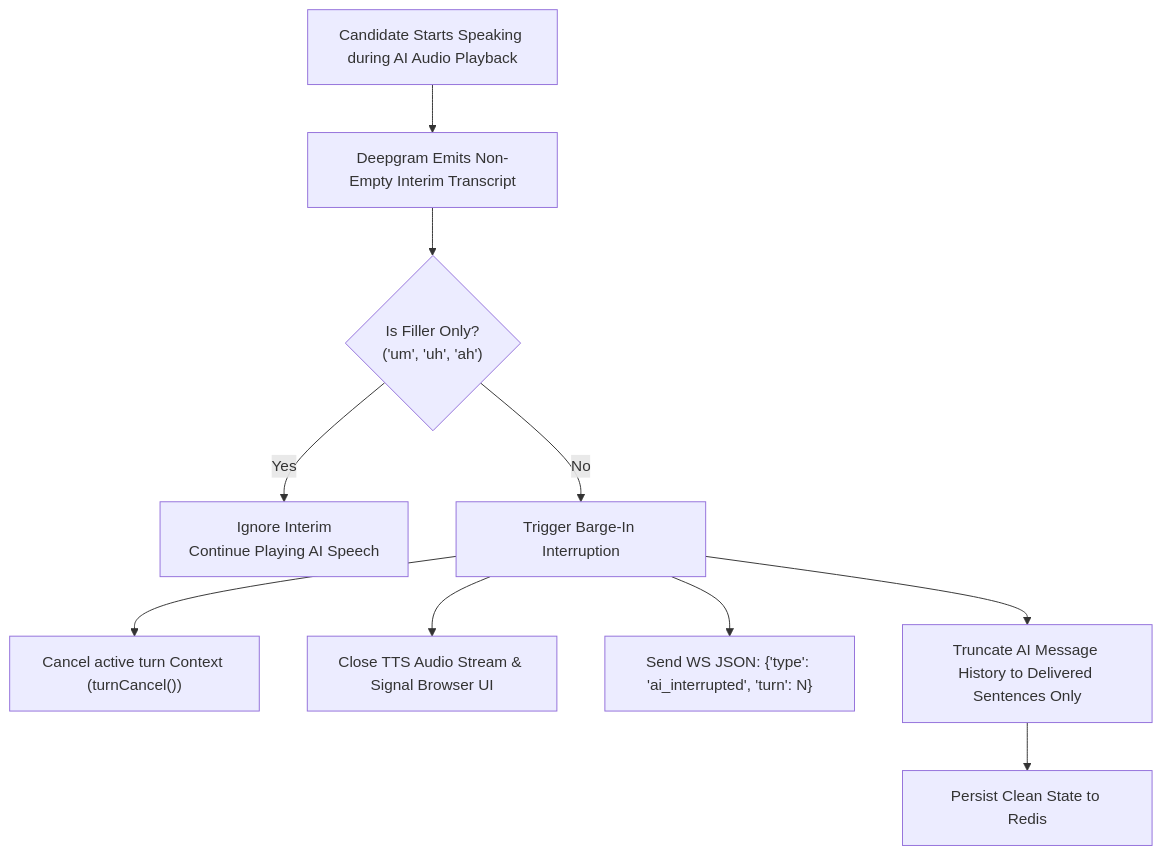
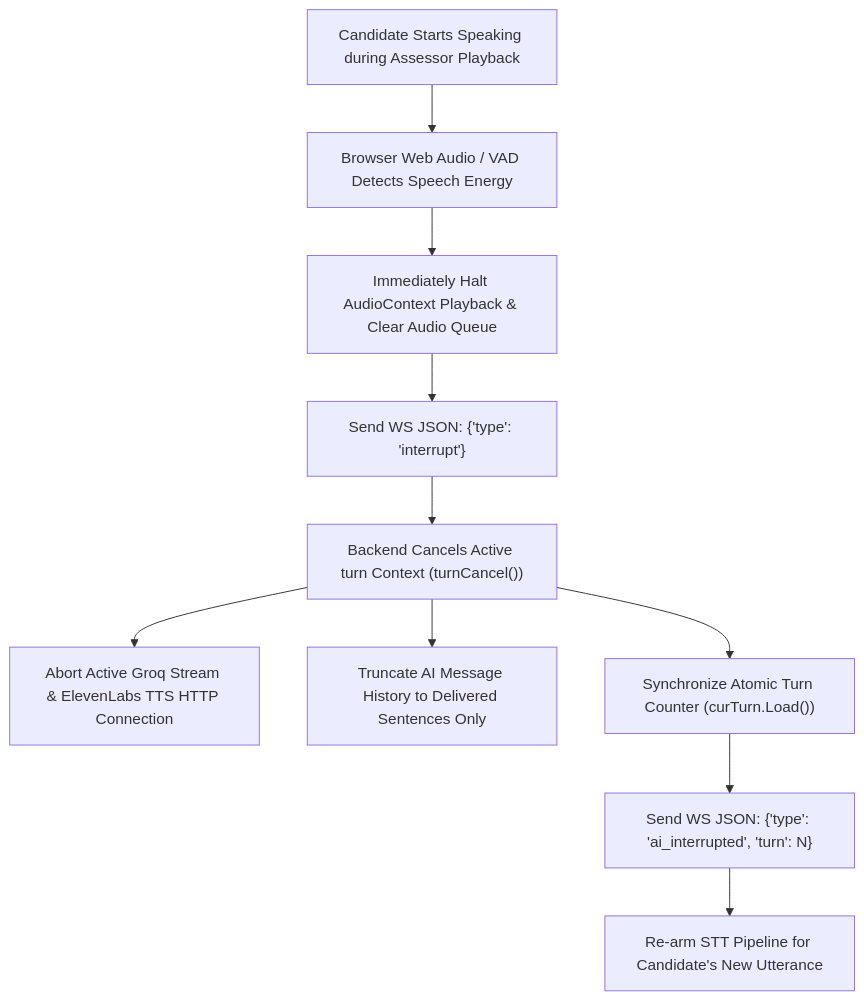
Before and after one commit to ashu-cloud/Interview-Platform: the second of 2 diagrams in docs/voice_pipeline_flow.md, drawn with Mermaid. The commit also changed other lines of this file and 42 other files, not shown here.

````diff
--- a/docs/voice_pipeline_flow.md
+++ b/docs/voice_pipeline_flow.md
@@ -88,14 +97,14 @@
 ```mermaid
 flowchart TD
-    CandidateSpeaks["Candidate Starts Speaking during AI Audio Playback"] --> STTDetects["Deepgram Emits Non-Empty Interim Transcript"]
-    STTDetects --> FilterFillers{"Is Filler Only?<br/>('um', 'uh', 'ah')"}
-    FilterFillers -- Yes --> Ignore["Ignore Interim<br/>Continue Playing AI Speech"]
-    FilterFillers -- No --> TriggerInterrupt["Trigger Barge-In Interruption"]
+    CandidateSpeaks["Candidate Starts Speaking during Assessor Playback"] --> VADDetects["Browser Web Audio / VAD Detects Speech Energy"]
+    VADDetects --> HaltLocal["Immediately Halt AudioContext Playback & Clear Audio Queue"]
+    HaltLocal --> SendInterrupt["Send WS JSON: {'type': 'interrupt'}"]
 
-    TriggerInterrupt --> CancelTurnCtx["Cancel active turn Context (turnCancel())"]
-    TriggerInterrupt --> StopTTS["Close TTS Audio Stream & Signal Browser UI"]
-    TriggerInterrupt --> SendWS["Send WS JSON: {'type': 'ai_interrupted', 'turn': N}"]
-    TriggerInterrupt --> TruncateHistory["Truncate AI Message History to Delivered Sentences Only"]
+    SendInterrupt --> BackendCancel["Backend Cancels Active turn Context (turnCancel())"]
+    BackendCancel --> AbortStreams["Abort Active Groq Stream & ElevenLabs TTS HTTP Connection"]
+    BackendCancel --> TruncateHistory["Truncate AI Message History to Delivered Sentences Only"]
+    BackendCancel --> SyncTurn["Synchronize Atomic Turn Counter (curTurn.Load())"]
 
-    TruncateHistory --> SaveRedis["Persist Clean State to Redis"]
+    SyncTurn --> SendInterrupted["Send WS JSON: {'type': 'ai_interrupted', 'turn': N}"]
+    SendInterrupted --> ReArm["Re-arm STT Pipeline for Candidate's New Utterance"]
 ```
````
